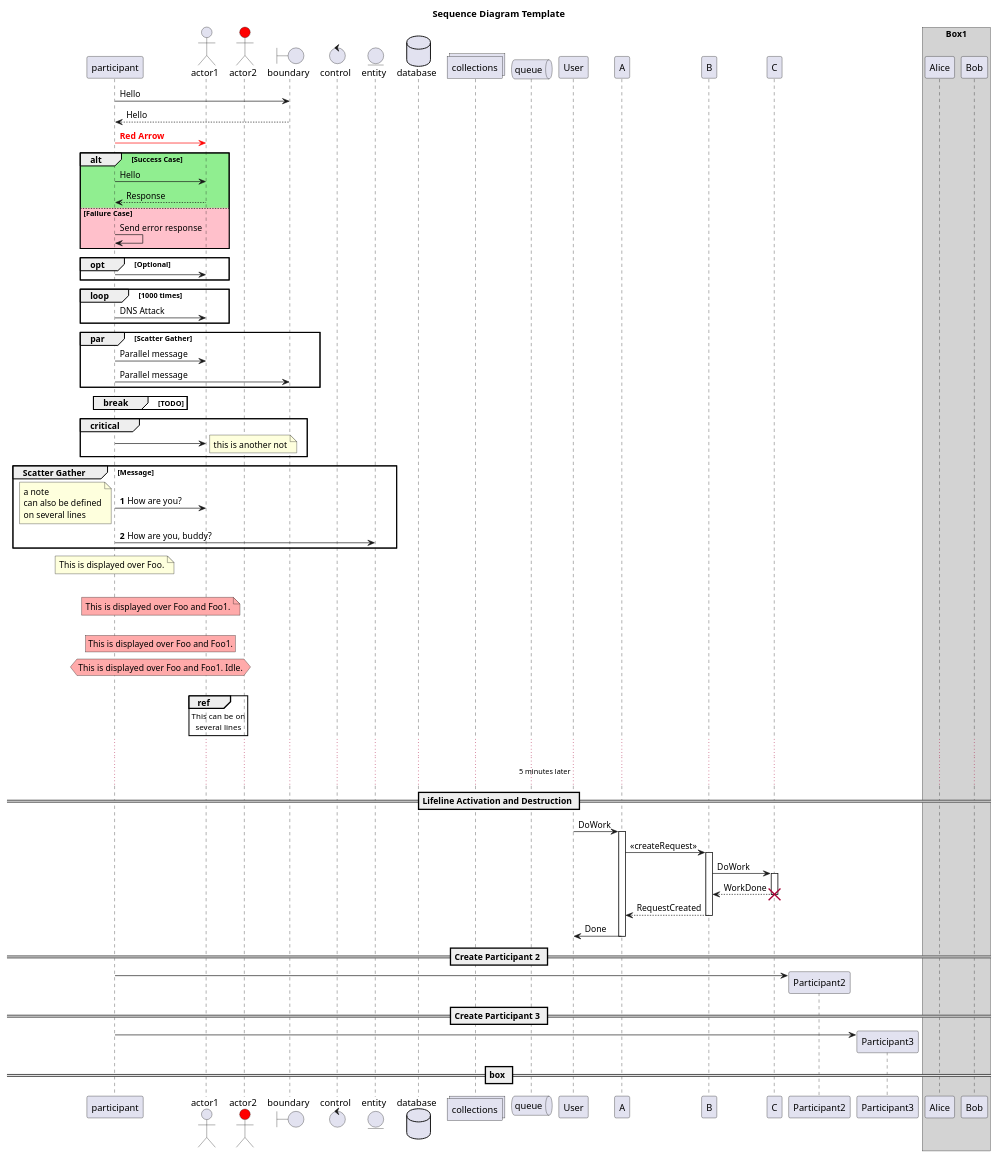
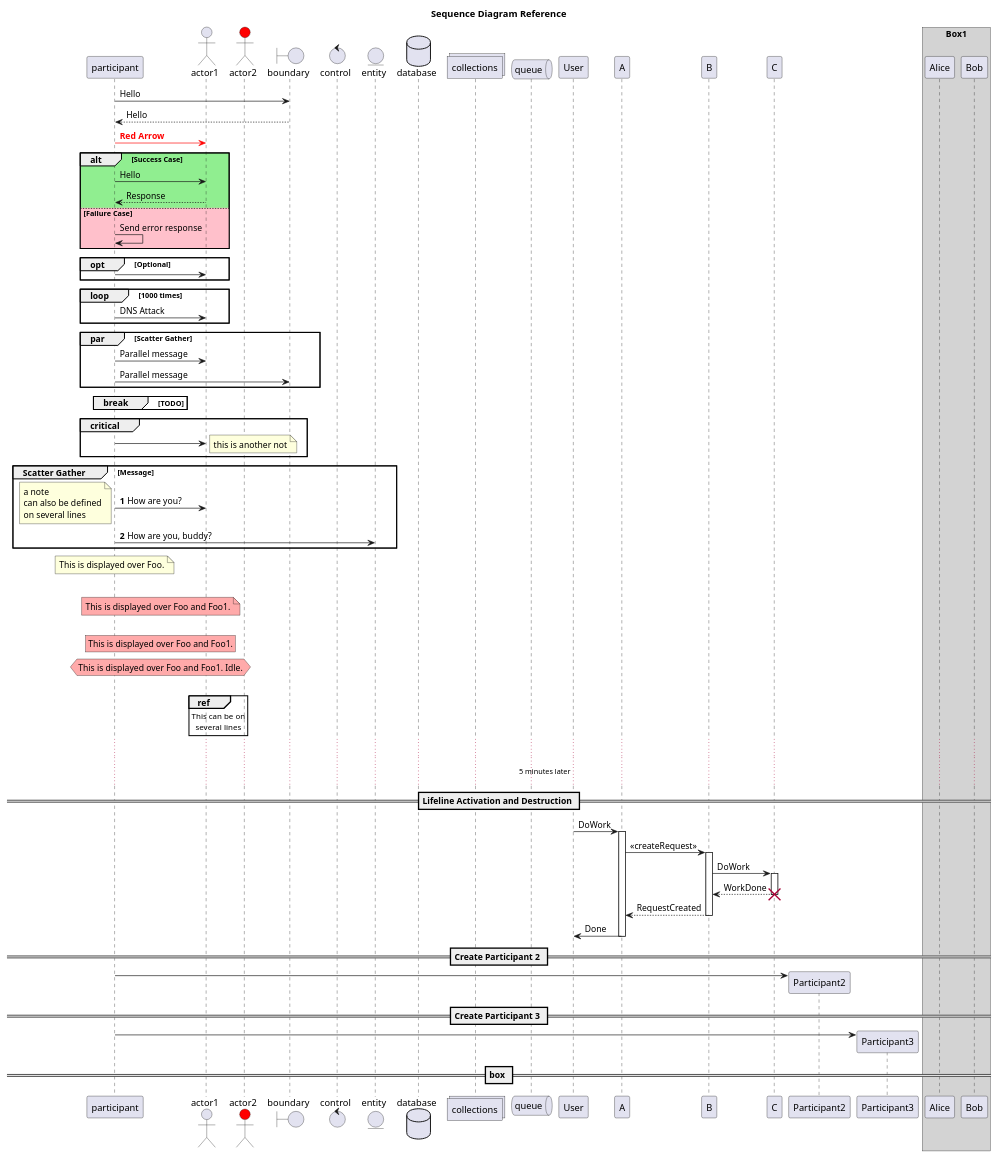
The diagram in plant-uml/sequence-diagram-reference.puml (rajaprabhuace/reference), drawn with PlantUML before and after one commit. The commit also changed 1 other file, not shown here.

Commit message:
gantt-diagram-reference.puml added

```diff
--- a/plant-uml/sequence-diagram-reference.puml
+++ b/plant-uml/sequence-diagram-reference.puml
@@ -1,109 +1,109 @@
 @startuml
 
-title **Sequence Diagram Template**
+title **Sequence Diagram Reference**
 
 participant participant as Foo
 actor actor1 as Foo1
 actor actor2 #red
 boundary boundary as Foo2
 control control as Foo3
 entity entity as Foo4
 database database as Foo5
 collections collections as Foo6
 queue queue as Foo7
 
 Foo -> Foo2 : Hello
 Foo <-- Foo2 : Hello
 Foo -[#red]> Foo1 : <color:red>**Red Arrow**</color>
 
 'Alternative
 alt #lightgreen Success Case
 	Foo -> Foo1 : Hello
 	Foo <-- Foo1 : Response
 else #pink Failure Case
 	Foo -> Foo: Send error response 
 end
 
 'Optional
 opt Optional
 	Foo -> Foo1
 end
 
 'Loop
 loop 1000 times
 	Foo -> Foo1 : DNS Attack
 end
 
 par Scatter Gather
 	Foo -> Foo1 : Parallel message
 	Foo -> Foo2 : Parallel message
 end
 
 break TODO
 	
 end
 
 critical
 	Foo -> Foo1
 	note right: this is another not
 end
 
 group Scatter Gather [Message]
 	autonumber 1
 	Foo -> Foo1 : How are you?
 	note left
 		a note
 		can also be defined
 		on several lines
 	end note
 	Foo -> Foo4 : How are you, buddy?
 	autonumber stop
 end
 
 note over Foo: This is displayed over Foo.
 |||
 note over Foo, Foo1 #FFAAAA: This is displayed over Foo and Foo1.
 ||20||
 rnote over Foo, Foo1 #FFAAAA: This is displayed over Foo and Foo1.
 hnote over Foo, Foo1 #FFAAAA: This is displayed over Foo and Foo1. Idle.
 |||
 ref over Foo1
 	This can be on
 	several lines
 end ref
 
 'Delay
 ...
 ...5 minutes later...
 
 == Lifeline Activation and Destruction ==
 
 participant User
 User -> A: DoWork
 activate A
 A -> B: << createRequest >>
 activate B
 B -> C: DoWork
 activate C
 C --> B: WorkDone
 destroy C
 B --> A: RequestCreated
 deactivate B
 A -> User: Done
 deactivate A
 
 == Create Participant 2 ==
 create Participant2
 Foo -> Participant2
 
 == Create Participant 3 ==
 Foo -> Participant3 **
 
 == box ==
 box "Box1" #lightgray
 	participant Alice
 	participant Bob
 end box
 
 
 @enduml
```
